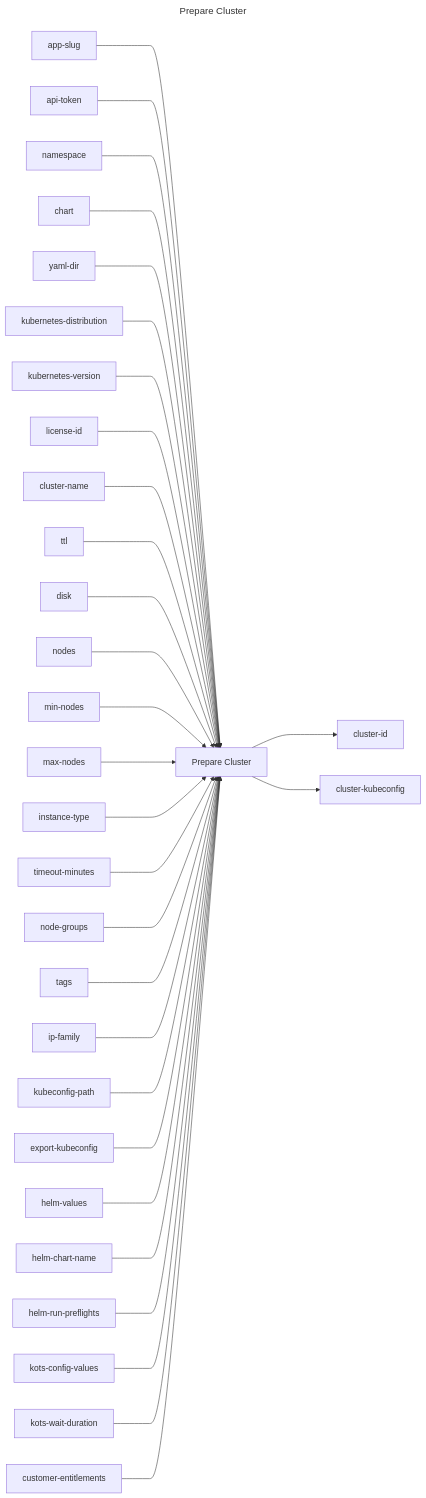
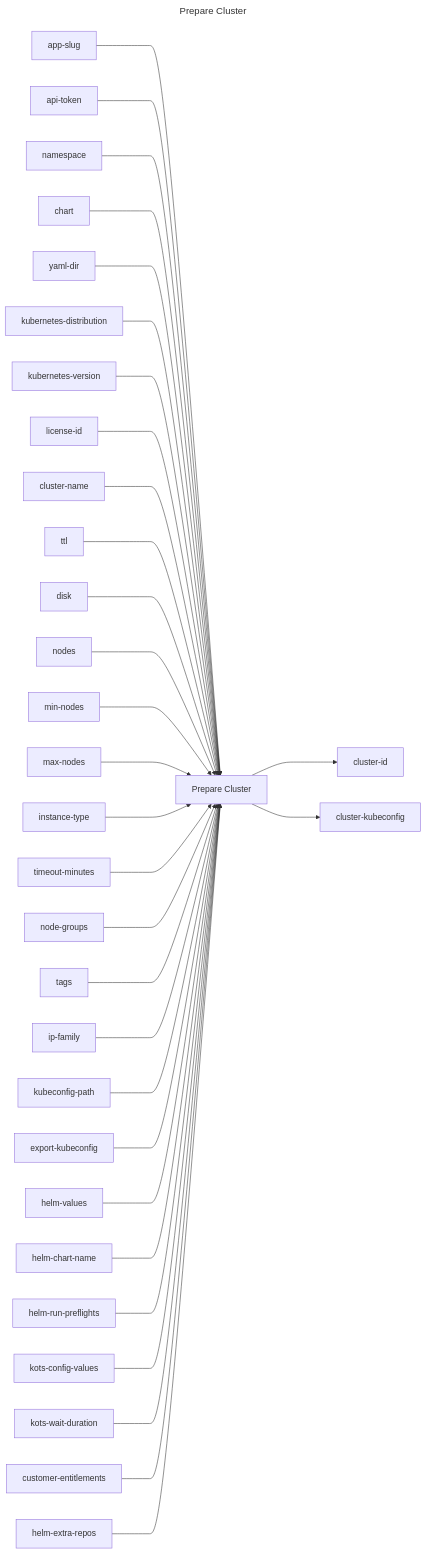
One commit to replicatedhq/replicated-actions changed the diagram in prepare-cluster/README.md. Above: the diagram before and after it, drawn with Mermaid. The commit also changed other lines of this file, not shown here.

````diff
--- a/prepare-cluster/README.md
+++ b/prepare-cluster/README.md
@@ -3,65 +3,67 @@
 ```mermaid
 ---
 title: Prepare Cluster
 ---
 graph LR
 prepare_cluster["Prepare Cluster"]
 app_slug["app-slug"]
 api_token["api-token"]
 namespace["namespace"]
 chart["chart"]
 yaml_dir["yaml-dir"]
 kubernetes_distribution["kubernetes-distribution"]
 kubernetes_version["kubernetes-version"]
 license_id["license-id"]
 cluster_name["cluster-name"]
 ttl["ttl"]
 disk["disk"]
 nodes["nodes"]
 min_nodes["min-nodes"]
 max_nodes["max-nodes"]
 instance_type["instance-type"]
 timeout_minutes["timeout-minutes"]
 node_groups["node-groups"]
 tags["tags"]
 ip_family["ip-family"]
 kubeconfig_path["kubeconfig-path"]
 export_kubeconfig["export-kubeconfig"]
 helm_values["helm-values"]
 helm_chart_name["helm-chart-name"]
 helm_run_preflights["helm-run-preflights"]
 kots_config_values["kots-config-values"]
 kots_wait_duration["kots-wait-duration"]
 customer_entitlements["customer-entitlements"]
+helm_extra_repos["helm-extra-repos"]
 cluster_id["cluster-id"]
 cluster_kubeconfig["cluster-kubeconfig"]
 app_slug ---> prepare_cluster
 api_token ---> prepare_cluster
 namespace ---> prepare_cluster
 chart ---> prepare_cluster
 yaml_dir ---> prepare_cluster
 kubernetes_distribution ---> prepare_cluster
 kubernetes_version ---> prepare_cluster
 license_id ---> prepare_cluster
 cluster_name ---> prepare_cluster
 ttl ---> prepare_cluster
 disk ---> prepare_cluster
 nodes ---> prepare_cluster
 min_nodes ---> prepare_cluster
 max_nodes ---> prepare_cluster
 instance_type ---> prepare_cluster
 timeout_minutes ---> prepare_cluster
 node_groups ---> prepare_cluster
 tags ---> prepare_cluster
 ip_family ---> prepare_cluster
 kubeconfig_path ---> prepare_cluster
 export_kubeconfig ---> prepare_cluster
 helm_values ---> prepare_cluster
 helm_chart_name ---> prepare_cluster
 helm_run_preflights ---> prepare_cluster
 kots_config_values ---> prepare_cluster
 kots_wait_duration ---> prepare_cluster
 customer_entitlements ---> prepare_cluster
+helm_extra_repos ---> prepare_cluster
 prepare_cluster ---> cluster_id
 prepare_cluster ---> cluster_kubeconfig
 ```
````
